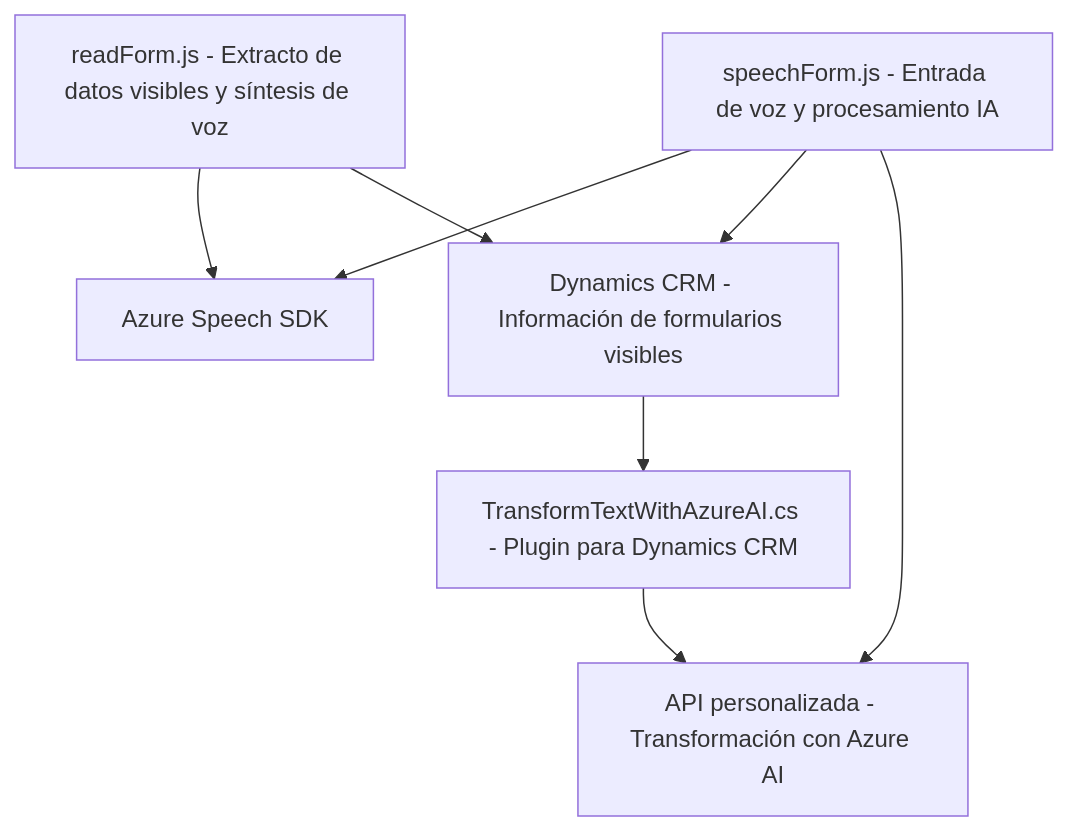
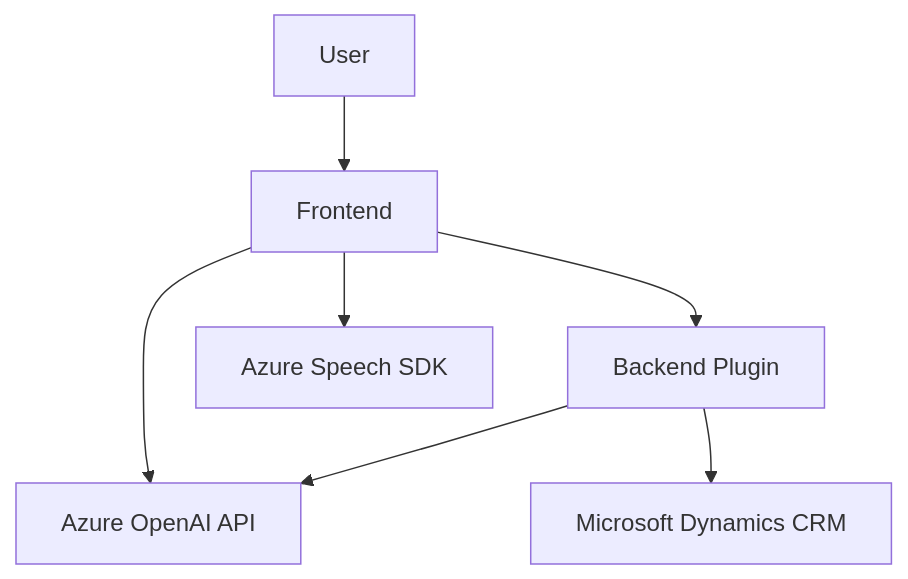
The diagram in README.md (blopezdm/NETCORE_BILBAO2025), drawn with Mermaid before and after one commit. The commit also changed other lines of this file, not shown here.

Commit message:
Actualizar análisis global de la solución con IA

````diff
--- a/README.md
+++ b/README.md
@@ -53,13 +38,16 @@
 ```mermaid
 graph TD
-    A["readForm.js - Extracto de datos visibles y síntesis de voz"] --> B["Azure Speech SDK"]
-    A --> C["Dynamics CRM - Información de formularios visibles"]
-
-    D["speechForm.js - Entrada de voz y procesamiento IA"] --> B
-    D --> C
-    D --> E["API personalizada - Transformación con Azure AI"]
-
-    F["TransformTextWithAzureAI.cs - Plugin para Dynamics CRM"] --> E
-
-    C --> F
+    A["Frontend"]
+    B["Backend Plugin"]
+    C["Azure Speech SDK"]
+    D["Azure OpenAI API"]
+    E["Microsoft Dynamics CRM"]
+    F["User"]
+    
+    F --> A["Frontend"]
+    A --> C["Azure Speech SDK"]
+    A --> D["Azure OpenAI API"]
+    A --> B["Backend Plugin"]
+    B --> D["Azure OpenAI API"]
+    B --> E["Microsoft Dynamics CRM"]
 ```
````
